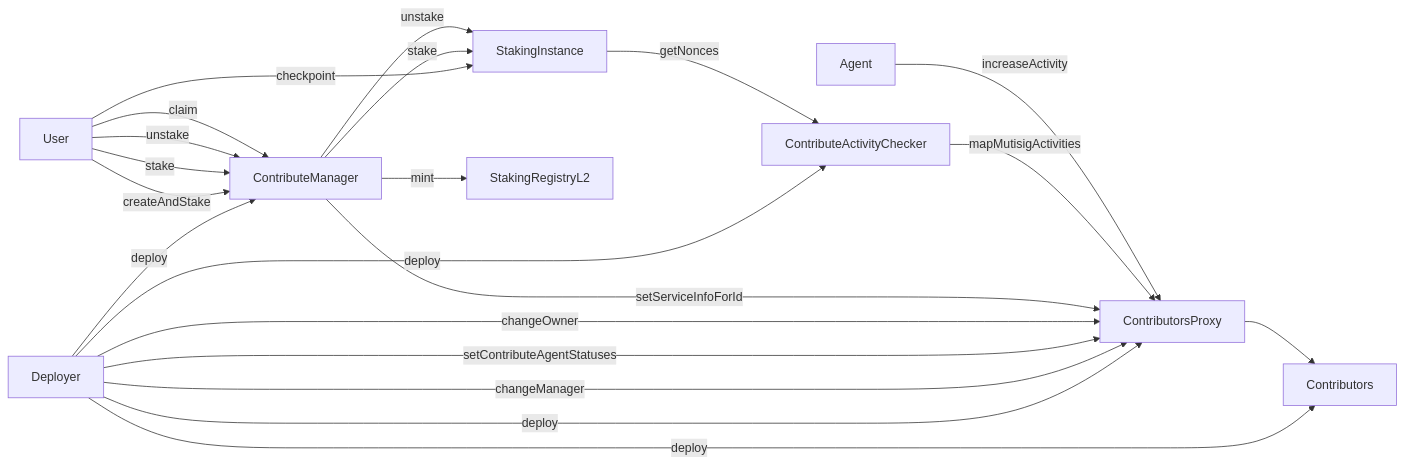
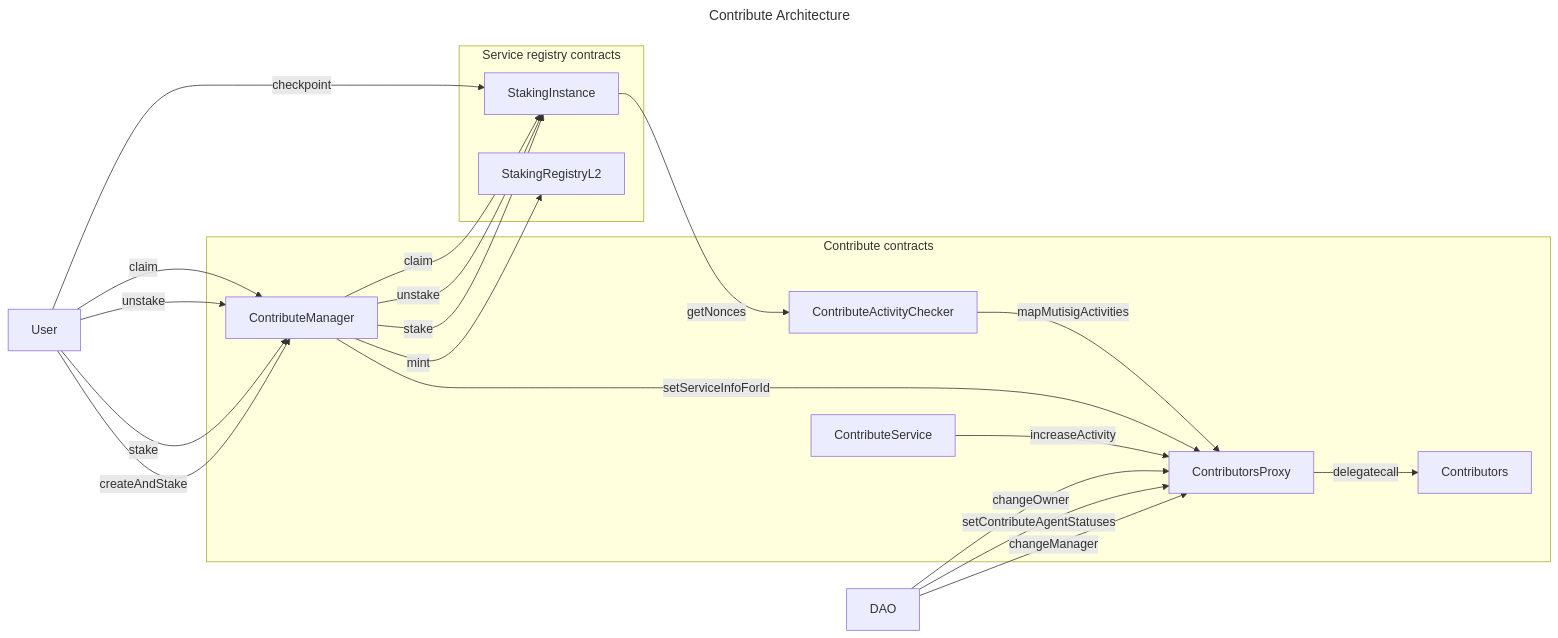
Before and after one commit to valory-xyz/autonolas-staking-programmes: the diagram in README.md, drawn with Mermaid.

Commit message:
doc: update contribute flowchart

````diff
--- a/README.md
+++ b/README.md
@@ -75,19 +75,28 @@
 ```mermaid
+---
+title: Contribute Architecture
+---
 flowchart LR
-    Deployer -- deploy --> Contributors
-    Deployer -- deploy --> ContributorsProxy
-    Deployer -- deploy --> ContributeManager
-    Deployer -- deploy --> ContributeActivityChecker
-    Deployer -- changeManager --> ContributorsProxy --> Contributors
-    Deployer -- setContributeAgentStatuses --> ContributorsProxy
-    Deployer -- changeOwner --> ContributorsProxy
-    User -- createAndStake --> ContributeManager -- setServiceInfoForId --> ContributorsProxy
+    DAO -- changeManager --> ContributorsProxy
+    DAO -- setContributeAgentStatuses --> ContributorsProxy
+    DAO -- changeOwner --> ContributorsProxy
+    User -- createAndStake --> ContributeManager
     User -- stake --> ContributeManager
     User -- unstake --> ContributeManager
     User -- claim --> ContributeManager
-    User -- checkpoint --> StakingInstance -- getNonces --> ContributeActivityChecker -- mapMutisigActivities --> ContributorsProxy
+    User -- checkpoint --> StakingInstance -- getNonces --> ContributeActivityChecker
     ContributeManager -- mint --> StakingRegistryL2
     ContributeManager -- stake --> StakingInstance
     ContributeManager -- unstake --> StakingInstance
-    Agent -- increaseActivity --> ContributorsProxy
+    ContributeManager -- claim --> StakingInstance
+    subgraph Service registry contracts
+    StakingInstance
+    StakingRegistryL2
+    end
+    subgraph Contribute contracts
+    ContributeService -- increaseActivity --> ContributorsProxy
+    ContributorsProxy -- delegatecall --> Contributors
+    ContributeManager -- setServiceInfoForId --> ContributorsProxy
+    ContributeActivityChecker -- mapMutisigActivities --> ContributorsProxy
+    end
 ```
````
